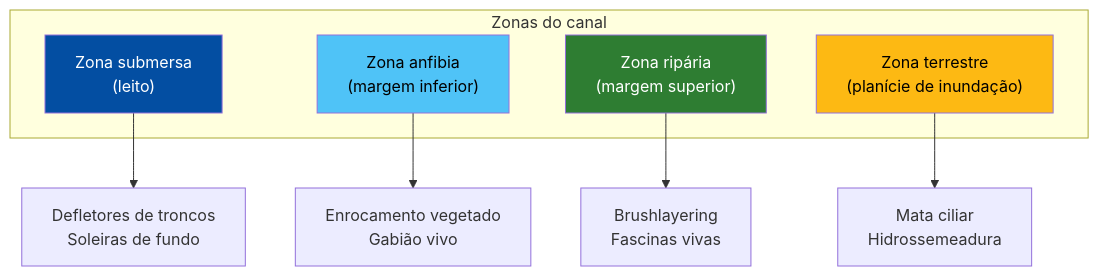
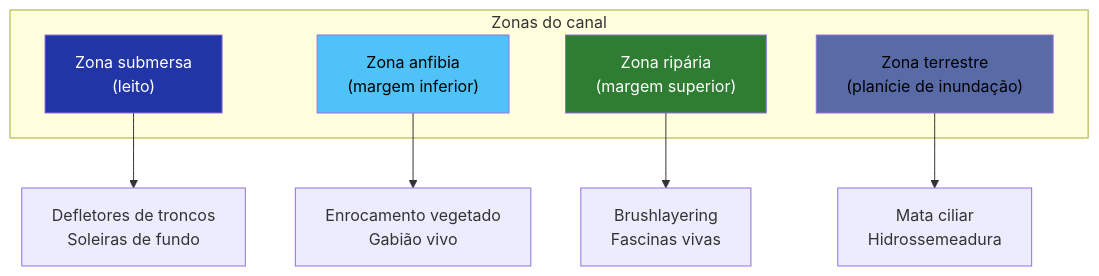
The second of 10 diagrams in aulas/bioengenharia_de_solos/aulas/bioengenharia_fluvial/bioengenharia_fluvial.qmd (ldvsantos/cv), drawn with Mermaid before and after one commit. The commit also changed other lines of this file and 466 other files, not shown here.

````diff
--- a/aulas/bioengenharia_de_solos/aulas/bioengenharia_fluvial/bioengenharia_fluvial.qmd
+++ b/aulas/bioengenharia_de_solos/aulas/bioengenharia_fluvial/bioengenharia_fluvial.qmd
@@ -130,18 +128,18 @@
 ```{mermaid}
 %%| fig-width: 5
 graph TD
     subgraph Zona["Zonas do canal"]
         A["Zona submersa<br>(leito)"]
         B["Zona anfibia<br>(margem inferior)"]
         C["Zona ripária<br>(margem superior)"]
         D["Zona terrestre<br>(planície de inundação)"]
     end
     A --> A1["Defletores de troncos<br>Soleiras de fundo"]
     B --> B1["Enrocamento vegetado<br>Gabião vivo"]
     C --> C1["Brushlayering<br>Fascinas vivas"]
     D --> D1["Mata ciliar<br>Hidrossemeadura"]
-    style A fill:#034EA2,color:#fff
+    style A fill:#2135A6,color:#fff
     style B fill:#4FC3F7,color:#000
     style C fill:#2E7D32,color:#fff
-    style D fill:#FDB913,color:#000
+    style D fill:#586BA6,color:#000
 ```
````
